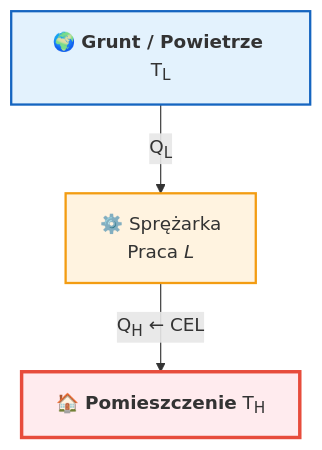
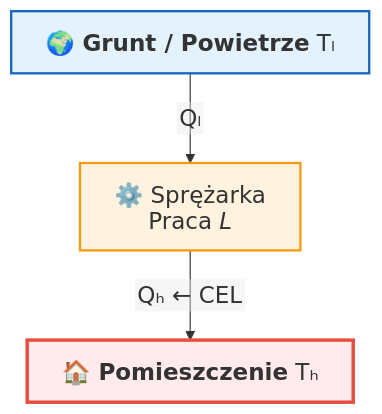
Before and after one commit to moondec/Termodynamika: the fourth of 4 diagrams in Wyklady/11_Chlodnictwo.qmd, drawn with Mermaid. The commit also changed other lines of this file and 84 other files, not shown here.

First line of the commit message:
Wykłady: diagramy mermaid bez ucinania i dopasowane do slajdów

````diff
--- a/Wyklady/11_Chlodnictwo.qmd
+++ b/Wyklady/11_Chlodnictwo.qmd
@@ -679,16 +687,16 @@
 ```{mermaid}
 %%| fig-align: center
-%%| fig-width: 5
 
-%%{init: {'theme': 'default', 'flowchart': { 'useMaxWidth': false, 'htmlLabels': true }, 'themeVariables': { 'fontSize': '16px', 'fontFamily': 'sans-serif' }}}%%
+%%{init: {'theme': 'default', 'flowchart': {'htmlLabels': false, 'wrappingWidth': 400, 'subGraphTitleMargin': {'top': 6, 'bottom': 16}}, 'themeVariables': {'fontSize': '20px', 'fontFamily': 'Arial, Helvetica, sans-serif'}, 'htmlLabels': false}}%%
 flowchart TD
-    TH["🏠 <b>Pomieszczenie</b> T<sub>H</sub>"]
-    TL["🌍 <b>Grunt / Powietrze</b> T<sub>L</sub>"]
-    M["⚙️ Sprężarka<br>Praca <em>L</em>"]
-    TL -->|"Q<sub>L</sub>"| M
-    M -->|"Q<sub>H</sub> ← CEL"| TH
+    TH["`🏠 **Pomieszczenie** Tₕ`"]
+    TL["`🌍 **Grunt / Powietrze** Tₗ`"]
+    M["`⚙️ Sprężarka
+Praca *L*`"]
+    TL -->|"Qₗ"| M
+    M -->|"Qₕ ← CEL"| TH
     
     style TH fill:#ffebee,stroke:#e74c3c,stroke-width:3px
     style TL fill:#e3f2fd,stroke:#1565c0,stroke-width:2px
     style M fill:#fff3e0,stroke:#f39c12,stroke-width:2px
 ```
````
